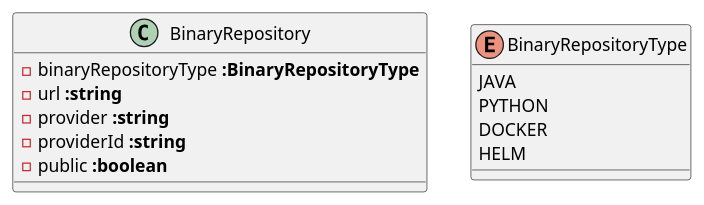
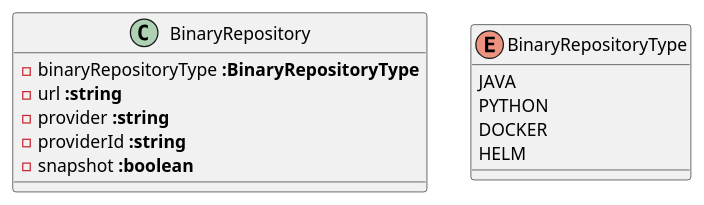
Before and after one commit to kathra-project/specifications: the diagram in Use cases/BinaryRepository/model.puml, drawn with PlantUML. The commit also changed 2 other files, not shown here.

```diff
--- a/Use cases/BinaryRepository/model.puml
+++ b/Use cases/BinaryRepository/model.puml
@@ -1,18 +1,18 @@
 @startuml
 
 class  BinaryRepository {
      - binaryRepositoryType <b>:BinaryRepositoryType</b>
      - url <b>:string</b>
      - provider <b>:string</b>
      - providerId <b>:string</b>
-     - public <b>:boolean</b>
+     - snapshot <b>:boolean</b>
 }
 
 enum  BinaryRepositoryType {
      JAVA
      PYTHON
      DOCKER
      HELM
 }
 
 @enduml
```
